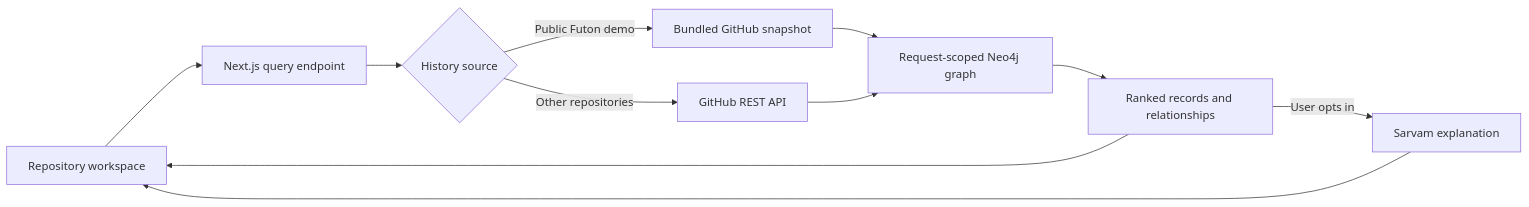
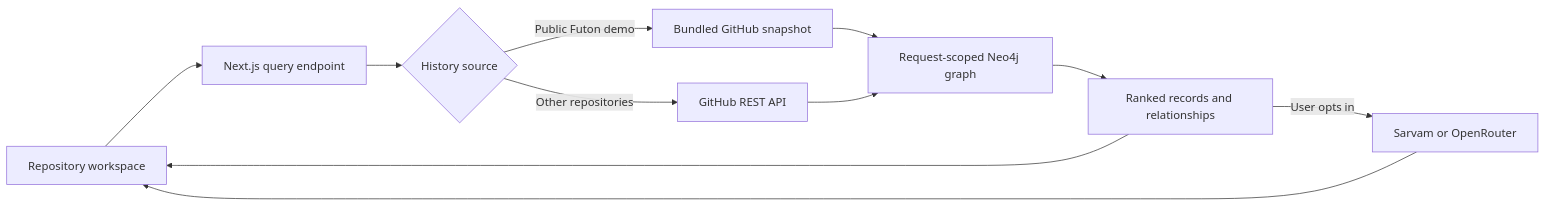
One commit to tanmayyyyayyy/NEW-HACKFRONT changed the diagram in README.md. Above: the diagram before and after it, drawn with Mermaid. The commit also changed other lines of this file and 52 other files, not shown here.

Commit message:
Redesign SkillForge and add repository graph explorer

````diff
--- a/README.md
+++ b/README.md
@@ -59,13 +71,13 @@
 ```mermaid
 flowchart LR
     UI[Repository workspace] --> API[Next.js query endpoint]
     API --> Source{History source}
     Source -->|Public Futon demo| Snapshot[Bundled GitHub snapshot]
     Source -->|Other repositories| GitHub[GitHub REST API]
     Snapshot --> Graph[Request-scoped Neo4j graph]
     GitHub --> Graph
     Graph --> Trail[Ranked records and relationships]
     Trail --> UI
-    Trail -->|User opts in| Sarvam[Sarvam explanation]
-    Sarvam --> UI
+    Trail -->|User opts in| Explain[Sarvam or OpenRouter]
+    Explain --> UI
 ```
````
